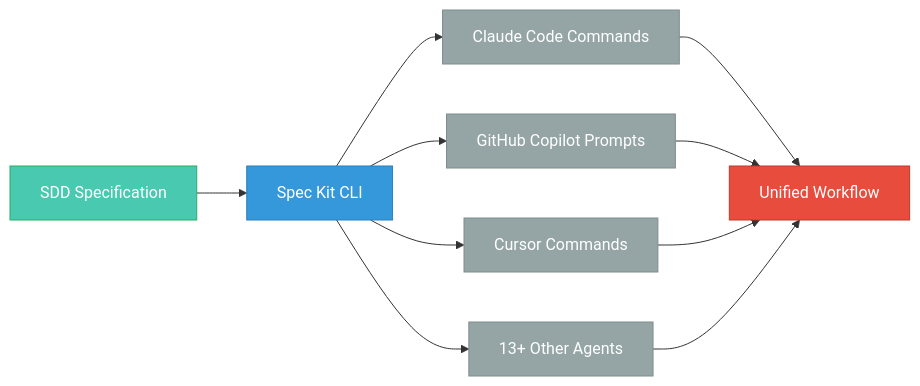
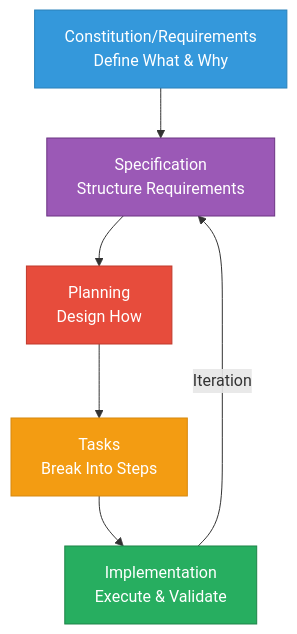
One commit to tikazyq/marvinzhang.dev changed the second of 3 diagrams in blog/2025-10-22-implementing-spec-driven-development-tools-and-workflows-in-practice.mdx. Above: the diagram before and after it, drawn with Mermaid. The commit also changed other lines of this file, not shown here.

````diff
--- a/blog/2025-10-22-implementing-spec-driven-development-tools-and-workflows-in-practice.mdx
+++ b/blog/2025-10-22-implementing-spec-driven-development-tools-and-workflows-in-practice.mdx
@@ -175,21 +166,14 @@
 ```mermaid
-flowchart LR
-    A["SDD Specification"] --> B["Spec Kit CLI"]
-    B --> C1["Claude Code Commands"]
-    B --> C2["GitHub Copilot Prompts"]
-    B --> C3["Cursor Commands"]
-    B --> C4["13+ Other Agents"]
+flowchart TD
+    A["Constitution/Requirements<br/>Define What & Why"] --> B["Specification<br/>Structure Requirements"]
+    B --> C["Planning<br/>Design How"]
+    C --> D["Tasks<br/>Break Into Steps"]
+    D --> E["Implementation<br/>Execute & Validate"]
+    E -->|Iteration| B
     
-    C1 --> D["Unified Workflow"]
-    C2 --> D
-    C3 --> D
-    C4 --> D
-    
-    style A fill:#48c9b0,stroke:#27ae60,color:#fff
-    style B fill:#3498db,stroke:#2980b9,color:#fff
-    style D fill:#e74c3c,stroke:#c0392b,color:#fff
-    style C1 fill:#95a5a6,stroke:#7f8c8d,color:#fff
-    style C2 fill:#95a5a6,stroke:#7f8c8d,color:#fff
-    style C3 fill:#95a5a6,stroke:#7f8c8d,color:#fff
-    style C4 fill:#95a5a6,stroke:#7f8c8d,color:#fff
+    style A fill:#3498db,stroke:#2980b9,color:#fff
+    style B fill:#9b59b6,stroke:#6c3483,color:#fff
+    style C fill:#e74c3c,stroke:#c0392b,color:#fff
+    style D fill:#f39c12,stroke:#d68910,color:#fff
+    style E fill:#27ae60,stroke:#1e8449,color:#fff
 ```
````
